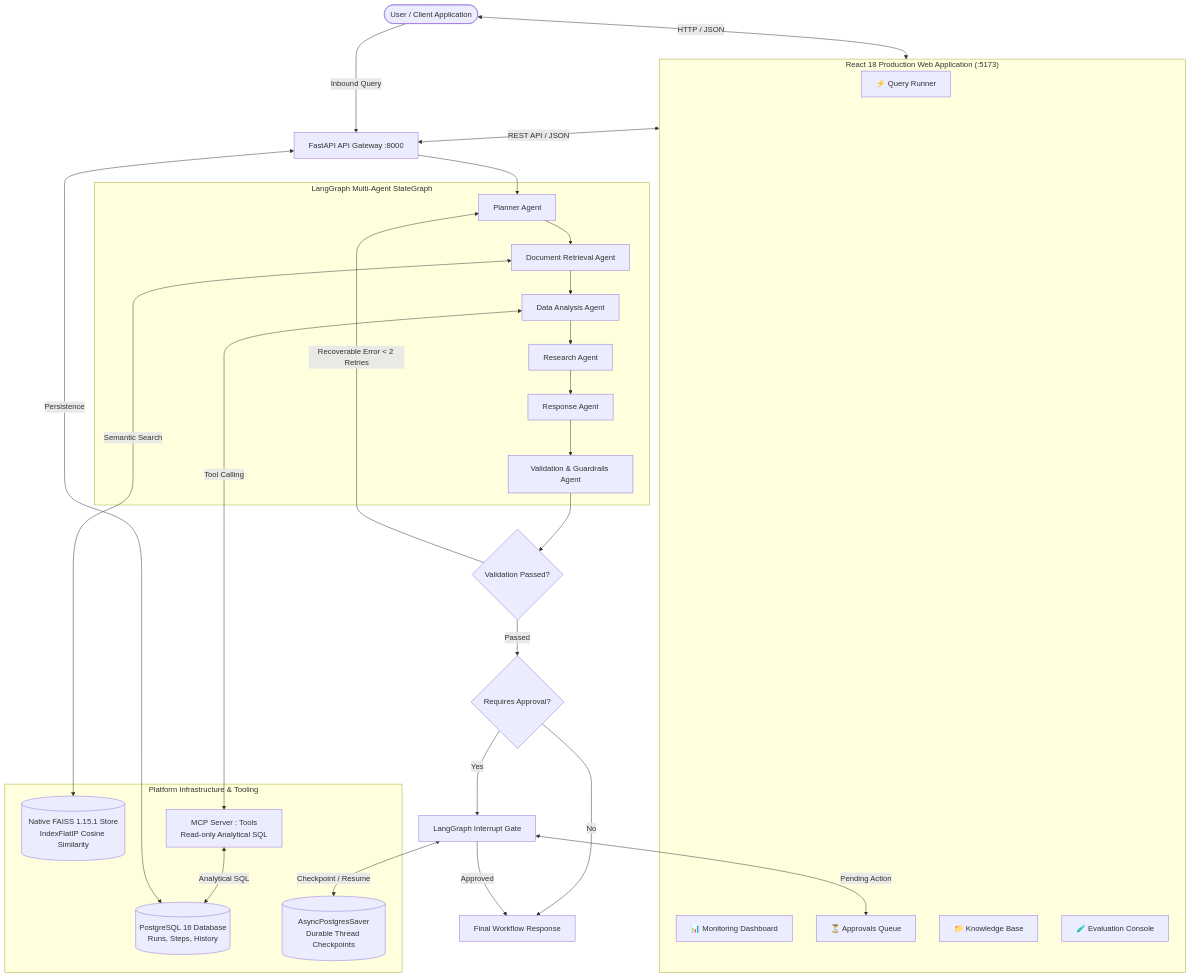
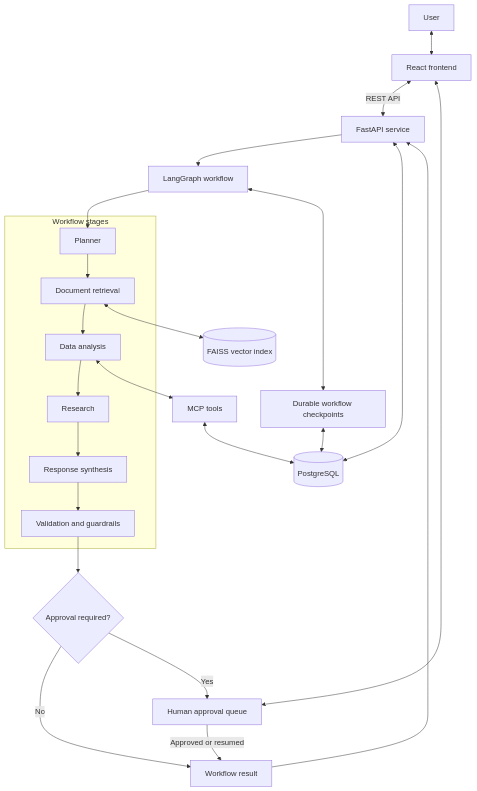
The diagram in README.md (chargedleo/multi-agent-workflow-platform), drawn with Mermaid before and after one commit. The commit also changed other lines of this file and 3 other files, not shown here.

````diff
--- a/README.md
+++ b/README.md
@@ -21,54 +69,30 @@
 ```mermaid
 flowchart TD
-    User([User / Client Application]) -->|Inbound Query| Gateway[FastAPI API Gateway :8000]
-    
-    subgraph Frontend["React 18 Production Web Application (:5173)"]
-        UI_Runner[⚡ Query Runner]
-        UI_Dash[📊 Monitoring Dashboard]
-        UI_HITL[⏳ Approvals Queue]
-        UI_Docs[📁 Knowledge Base]
-        UI_Eval[🧪 Evaluation Console]
+    User[User] <--> Frontend[React frontend]
+    Frontend <-->|REST API| API[FastAPI service]
+    API --> Graph[LangGraph workflow]
+
+    subgraph Agents[Workflow stages]
+        Planner[Planner]
+        Retrieval[Document retrieval]
+        Analysis[Data analysis]
+        Research[Research]
+        Response[Response synthesis]
+        Validation[Validation and guardrails]
+        Planner --> Retrieval --> Analysis --> Research --> Response --> Validation
     end
-    
-    User <-->|HTTP / JSON| Frontend
-    Frontend <-->|REST API / JSON| Gateway
-    
-    subgraph LangGraph["LangGraph Multi-Agent StateGraph"]
-        Planner[Planner Agent]
-        Retrieval[Document Retrieval Agent]
-        Analysis[Data Analysis Agent]
-        Researcher[Research Agent]
-        Responder[Response Agent]
-        Validator[Validation & Guardrails Agent]
-    end
-    
-    Gateway --> Planner
-    Planner --> Retrieval
-    Retrieval --> Analysis
-    Analysis --> Researcher
-    Researcher --> Responder
-    Responder --> Validator
-    
-    subgraph Integrations["Platform Infrastructure & Tooling"]
-        FAISS[(Native FAISS 1.15.1 Store<br/>IndexFlatIP Cosine Similarity)]
-        MCP[MCP Server : Tools<br/>Read-only Analytical SQL]
-        PG[(PostgreSQL 16 Database<br/>Runs, Steps, History)]
-        Saver[(AsyncPostgresSaver<br/>Durable Thread Checkpoints)]
-    end
-    
-    Retrieval <-->|Semantic Search| FAISS
-    Analysis <-->|Tool Calling| MCP
-    MCP <-->|Analytical SQL| PG
-    Gateway <-->|Persistence| PG
-    
-    Validator --> GuardrailCheck{Validation Passed?}
-    GuardrailCheck -- Recoverable Error &lt; 2 Retries --> Planner
-    GuardrailCheck -- Passed --> ApprovalCheck{Requires Approval?}
-    
-    ApprovalCheck -- Yes --> Interrupt[LangGraph Interrupt Gate]
-    Interrupt <-->|Checkpoint / Resume| Saver
-    Interrupt <-->|Pending Action| UI_HITL
-    
-    ApprovalCheck -- No --> Output[Final Workflow Response]
-    Interrupt -- Approved --> Output
+
+    Graph --> Planner
+    Retrieval <--> FAISS[(FAISS vector index)]
+    Analysis <--> MCP[MCP tools]
+    MCP <--> DB[(PostgreSQL)]
+    API <--> DB
+    Graph <--> Checkpoints[Durable workflow checkpoints]
+    Checkpoints <--> DB
+    Validation --> Gate{Approval required?}
+    Gate -->|No| Result[Workflow result]
+    Gate -->|Yes| Approval[Human approval queue]
+    Approval <--> Frontend
+    Approval -->|Approved or resumed| Result
+    Result --> API
 ```
````
